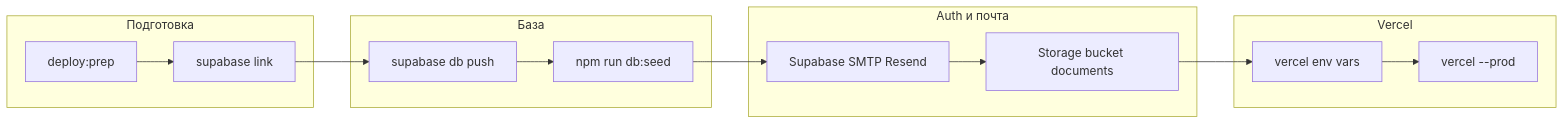
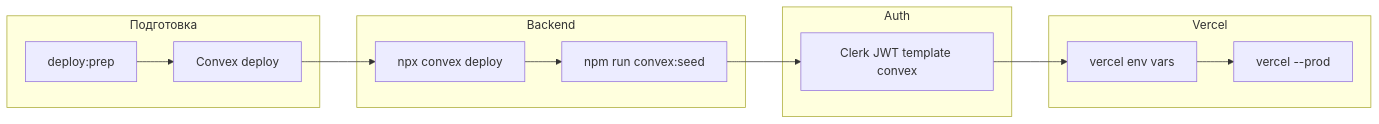
One commit to Shayxislam23/FundingPro changed the diagram in fundingpro/README.md. Above: the diagram before and after it, drawn with Mermaid. The commit also changed other lines of this file and 351 other files, not shown here.

First line of the commit message:
Mobile roadmap v0.3.0: Builds 1–4 delivery

````diff
--- a/fundingpro/README.md
+++ b/fundingpro/README.md
@@ -173,18 +141,17 @@
 ```mermaid
 flowchart LR
   subgraph prep [Подготовка]
-    A[deploy:prep] --> B[supabase link]
+    A[deploy:prep] --> B[Convex deploy]
   end
-  subgraph db [База]
-    B --> C[supabase db push]
-    C --> D[npm run db:seed]
+  subgraph backend [Backend]
+    B --> C[npx convex deploy]
+    C --> D[npm run convex:seed]
   end
-  subgraph auth [Auth и почта]
-    D --> E[Supabase SMTP Resend]
-    E --> F[Storage bucket documents]
+  subgraph auth [Auth]
+    D --> E[Clerk JWT template convex]
   end
   subgraph vercel [Vercel]
-    F --> G[vercel env vars]
-    G --> H[vercel --prod]
+    E --> F[vercel env vars]
+    F --> G[vercel --prod]
   end
 ```
````
